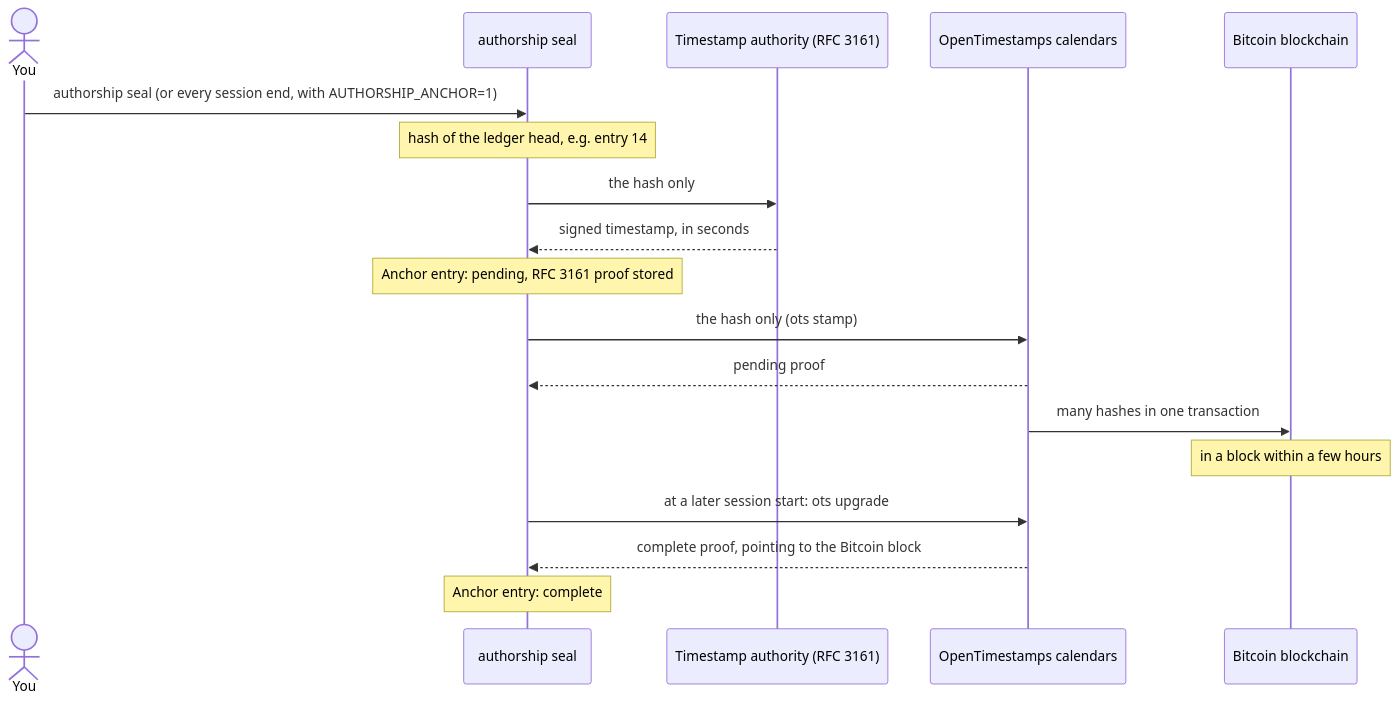
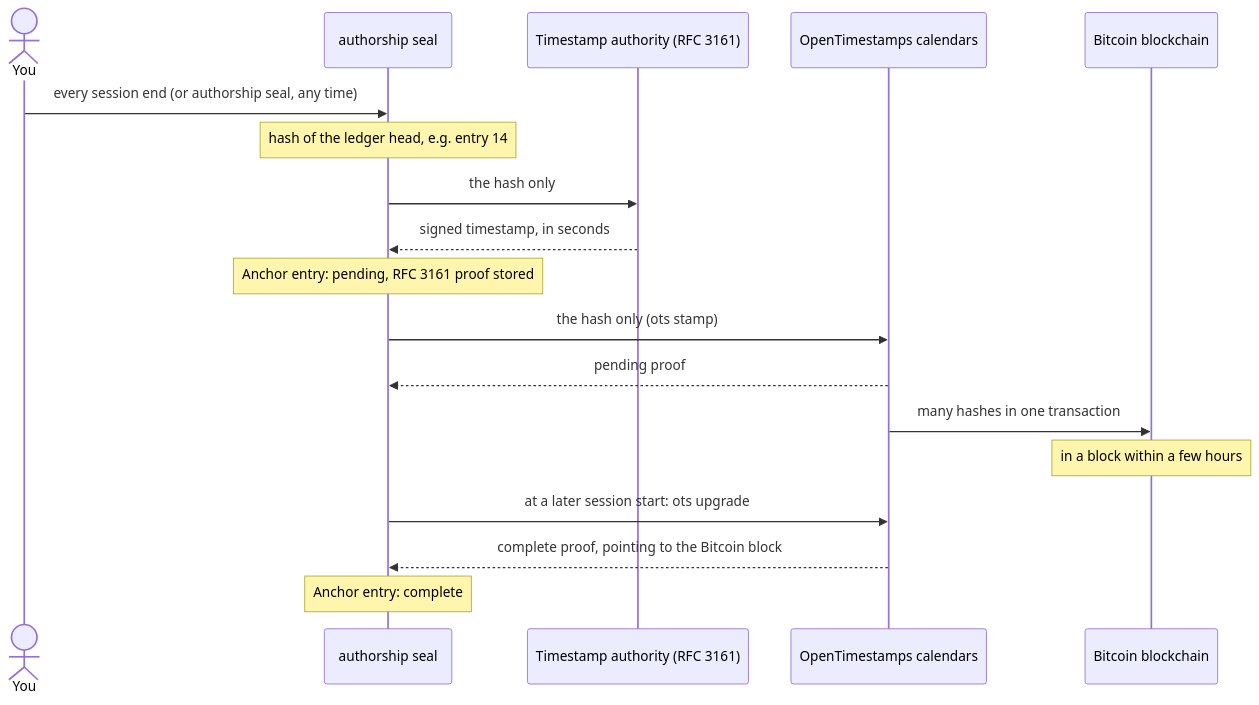
Before and after one commit to PedroVela/authorship: the fourth of 4 diagrams in README.md, drawn with Mermaid. The commit also changed other lines of this file and 8 other files, not shown here.

First line of the commit message:
Seal at every session end by default

````diff
--- a/README.md
+++ b/README.md
@@ -277,20 +277,20 @@
 ```mermaid
 sequenceDiagram
   actor H as You
   participant A as authorship seal
   participant T as Timestamp authority (RFC 3161)
   participant O as OpenTimestamps calendars
   participant B as Bitcoin blockchain
-  H->>A: authorship seal (or every session end, with AUTHORSHIP_ANCHOR=1)
+  H->>A: every session end (or authorship seal, any time)
   Note over A: hash of the ledger head, e.g. entry 14
   A->>T: the hash only
   T-->>A: signed timestamp, in seconds
   Note over A: Anchor entry: pending, RFC 3161 proof stored
   A->>O: the hash only (ots stamp)
   O-->>A: pending proof
   O->>B: many hashes in one transaction
   Note over B: in a block within a few hours
   A->>O: at a later session start: ots upgrade
   O-->>A: complete proof, pointing to the Bitcoin block
   Note over A: Anchor entry: complete
 ```
````
